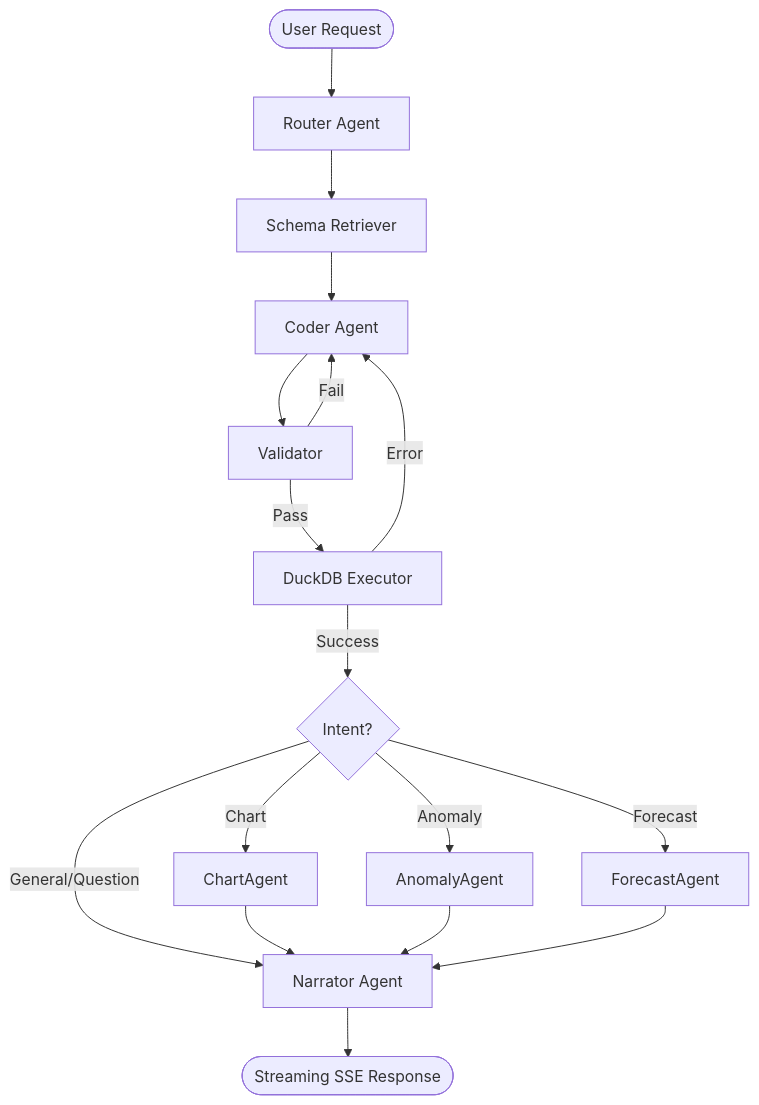
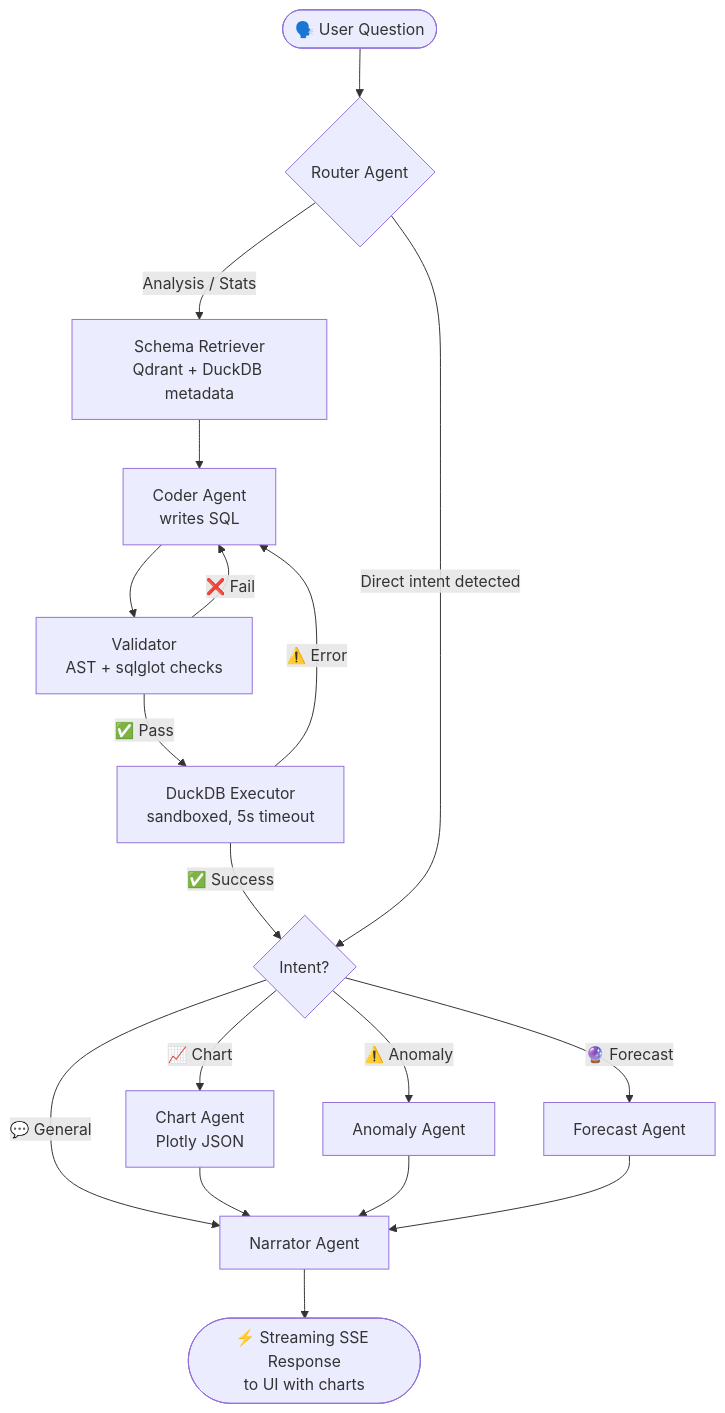
The second of 2 diagrams in README.md (SarwadnyaMahajan/askQL), drawn with Mermaid before and after one commit. The commit also changed other lines of this file, not shown here.

Commit message:
docs: overhaul README with architecture diagrams, technology stack, and project structure documentation

````diff
--- a/README.md
+++ b/README.md
@@ -16,24 +111,26 @@
 ```mermaid
 graph TD
-    User([User Request]) --> Router[Router Agent]
-    Router --> Schema[Schema Retriever]
-    Schema --> Coder[Coder Agent]
-    
-    Coder --> Validator[Validator]
-    Validator -- "Fail" --> Coder
-    Validator -- "Pass" --> Executor[DuckDB Executor]
-    
-    Executor -- "Error" --> Coder
-    Executor -- "Success" --> Cond{Intent?}
-    
-    Cond -- "Chart" --> ChartAgent
-    Cond -- "Anomaly" --> AnomalyAgent
-    Cond -- "Forecast" --> ForecastAgent
-    Cond -- "General/Question" --> Narrator[Narrator Agent]
-    
-    ChartAgent --> Narrator
-    AnomalyAgent --> Narrator
-    ForecastAgent --> Narrator
-    
-    Narrator --> Output([Streaming SSE Response])
+    U([🗣️ User Question]) --> R{Router Agent}
+
+    R -->|Analysis / Stats| SC[Schema Retriever<br/>Qdrant + DuckDB metadata]
+    SC --> C[Coder Agent<br/>writes SQL]
+    C --> V[Validator<br/>AST + sqlglot checks]
+    V -- "❌ Fail" --> C
+    V -- "✅ Pass" --> E[DuckDB Executor<br/>sandboxed, 5s timeout]
+
+    E -- "⚠️ Error" --> C
+    E -- "✅ Success" --> INT{Intent?}
+
+    R -->|Direct intent detected| INT
+
+    INT -->|📈 Chart| CA[Chart Agent<br/>Plotly JSON]
+    INT -->|⚠️ Anomaly| AA[Anomaly Agent]
+    INT -->|🔮 Forecast| FA[Forecast Agent]
+    INT -->|💬 General| N[Narrator Agent]
+
+    CA --> N
+    AA --> N
+    FA --> N
+
+    N --> O([⚡ Streaming SSE Response<br/>to UI with charts])
 ```
````
